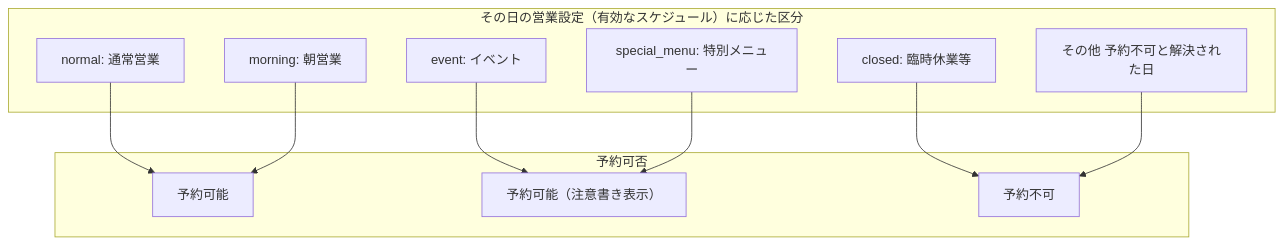
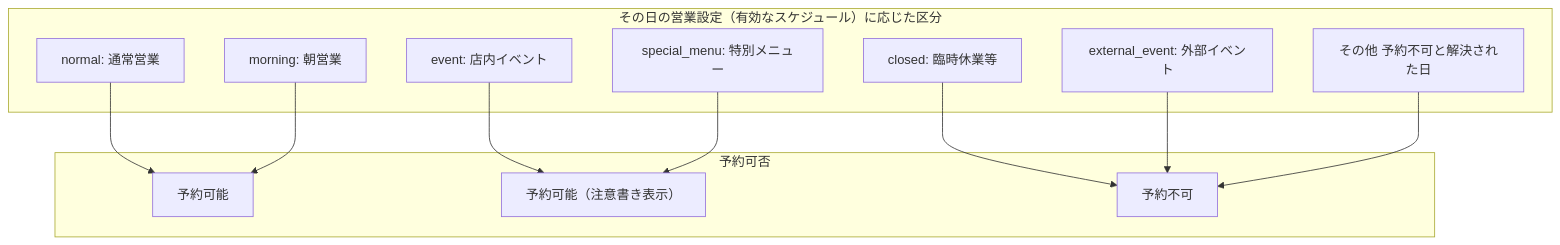
The sixth of 9 diagrams in docs/data_flow.md (cergijame101007/satehits), drawn with Mermaid before and after one commit. The commit also changed other lines of this file and 37 other files, not shown here.

First line of the commit message:
feat: 顧客向け営業カレンダーと external_event スケジュールタイプを追加 (#19)

````diff
--- a/docs/data_flow.md
+++ b/docs/data_flow.md
@@ -184,24 +184,26 @@
 ```mermaid
 flowchart TB
     subgraph ScheduleType[その日の営業設定（有効なスケジュール）に応じた区分]
         Normal[normal: 通常営業]
         Morning[morning: 朝営業]
-        Event[event: イベント]
+        Event[event: 店内イベント]
+        ExternalEvent[external_event: 外部イベント]
         Special[special_menu: 特別メニュー]
         Closed[closed: 臨時休業等]
         NoBook[その他 予約不可と解決された日]
     end
 
     subgraph Reservable[予約可否]
         Yes[予約可能]
         YesWithNote[予約可能（注意書き表示）]
         No[予約不可]
     end
 
     Normal --> Yes
     Morning --> Yes
     Event --> YesWithNote
     Special --> YesWithNote
     Closed --> No
+    ExternalEvent --> No
     NoBook --> No
 ```
````
